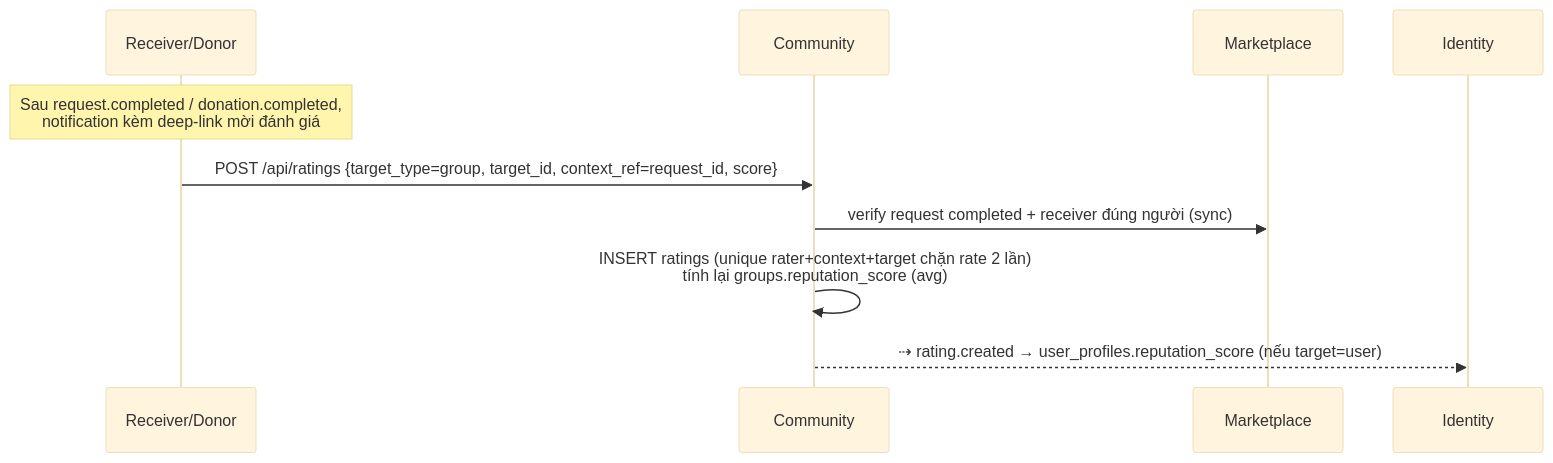
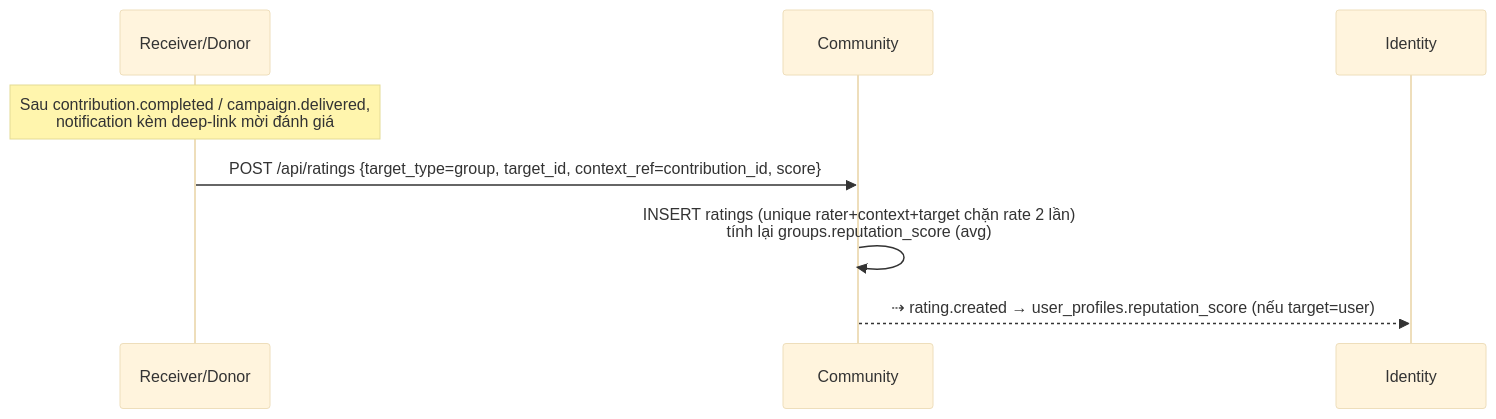
One commit to hieusoft/project4 changed the ninth of 14 diagrams in docs/flows.md. Above: the diagram before and after it, drawn with Mermaid (base theme). The commit also changed other lines of this file and 99 other files, not shown here.

First line of the commit message:
chore: remove marketplace service and consolidate donation workflows

````diff
--- a/docs/flows.md
+++ b/docs/flows.md
@@ -193,12 +193,10 @@
 ```mermaid
 sequenceDiagram
     participant R as Receiver/Donor
     participant CM as Community
-    participant MKT as Marketplace
     participant ID as Identity
-    Note over R: Sau request.completed / donation.completed,<br/>notification kèm deep-link mời đánh giá
-    R->>CM: POST /api/ratings {target_type=group, target_id, context_ref=request_id, score}
-    CM->>MKT: verify request completed + receiver đúng người (sync)
+    Note over R: Sau contribution.completed / campaign.delivered,<br/>notification kèm deep-link mời đánh giá
+    R->>CM: POST /api/ratings {target_type=group, target_id, context_ref=contribution_id, score}
     CM->>CM: INSERT ratings (unique rater+context+target chặn rate 2 lần)<br/>tính lại groups.reputation_score (avg)
     CM-->>ID: ⇢ rating.created → user_profiles.reputation_score (nếu target=user)
 ```
````
